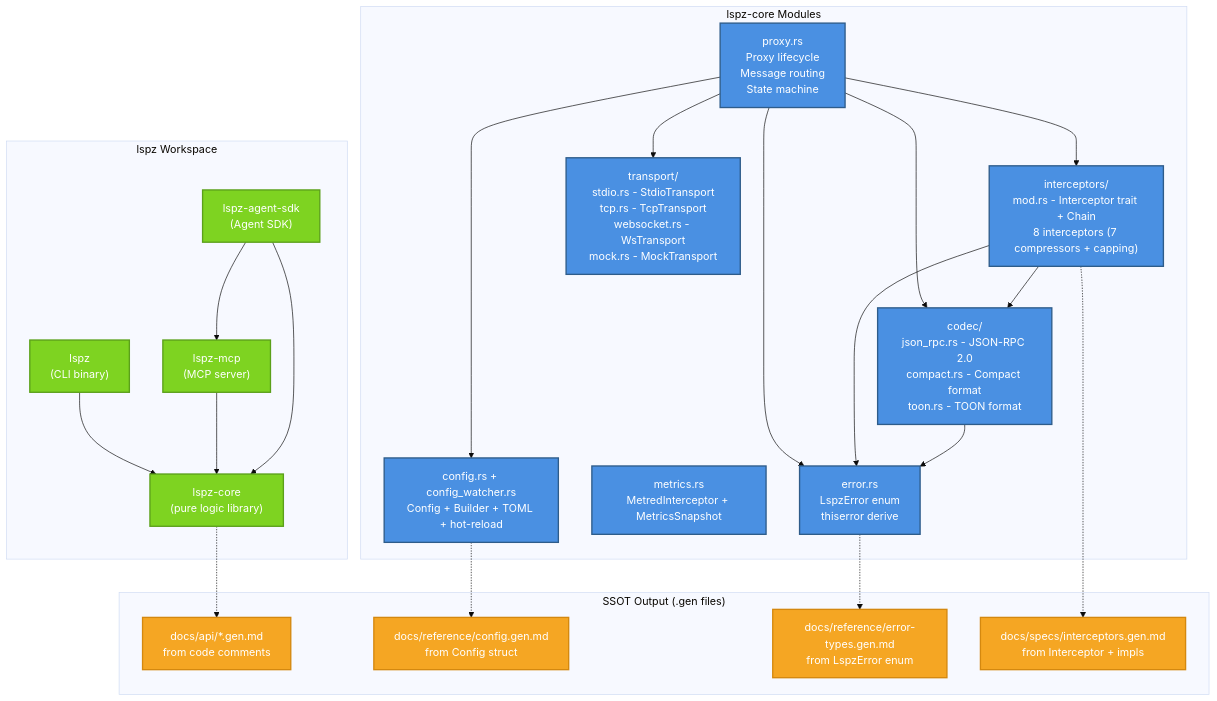
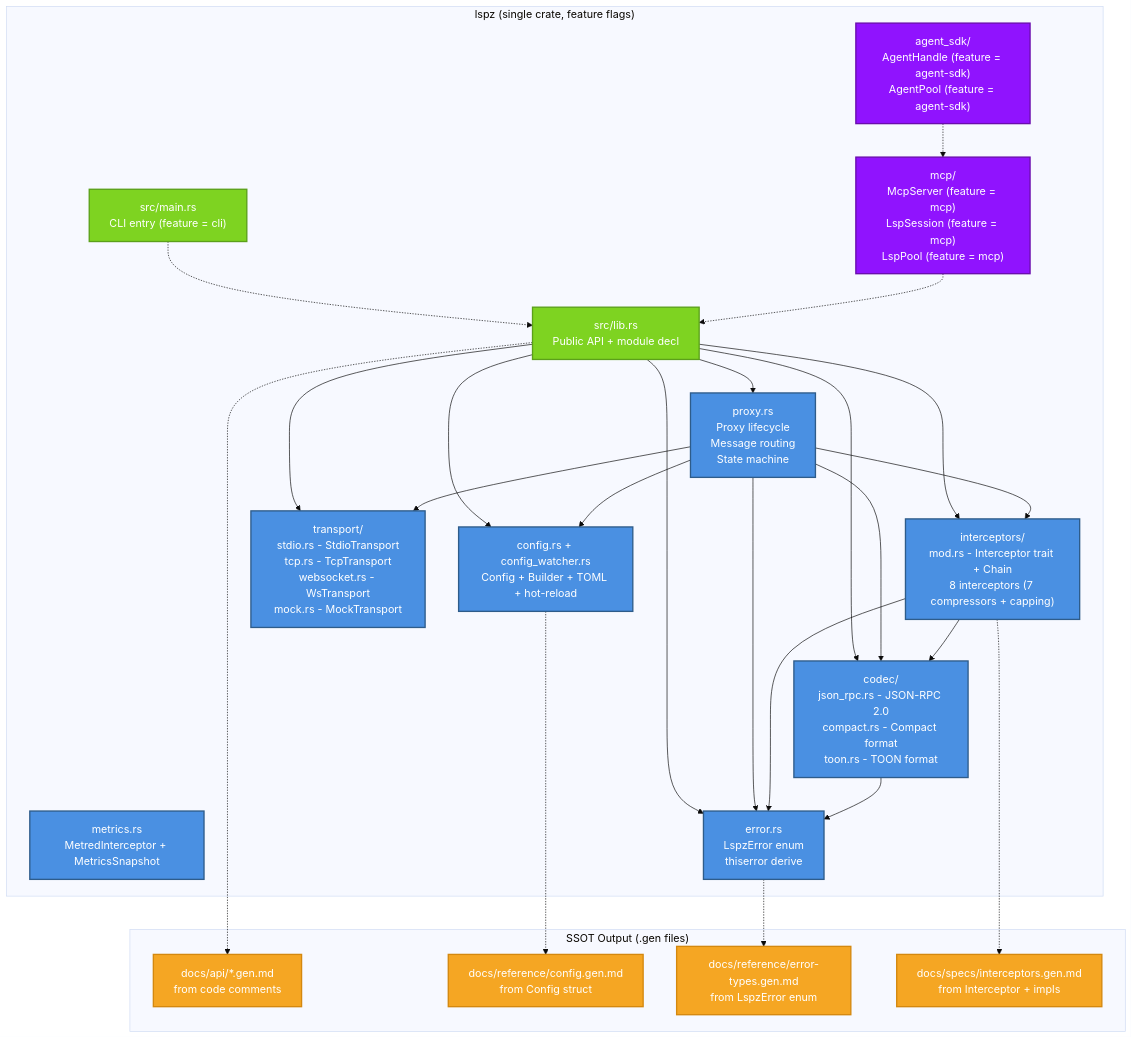
Before and after one commit to StrayDragon/lspz: the ninth of 9 diagrams in docs/specs/001-tri-modal-architecture.md, drawn with Mermaid (base theme). The commit also changed other lines of this file and 108 other files, not shown here.

````diff
--- a/docs/specs/001-tri-modal-architecture.md
+++ b/docs/specs/001-tri-modal-architecture.md
@@ -498,52 +500,56 @@
 ```mermaid
 graph TD
-    subgraph Workspace["lspz Workspace"]
-        CORE["lspz-core<br/>(pure logic library)"]
-        CLI["lspz<br/>(CLI binary)"]
-        MCP2["lspz-mcp<br/>(MCP server)"]
-        SDK["lspz-agent-sdk<br/>(Agent SDK)"]
-    end
-
-    subgraph CoreModules["lspz-core Modules"]
+    subgraph Crate["lspz (single crate, feature flags)"]
+        LIB["src/lib.rs<br/>Public API + module decl"]
+        CLI["src/main.rs<br/>CLI entry (feature = cli)"]
         PROXY["proxy.rs<br/>Proxy lifecycle<br/>Message routing<br/>State machine"]
         INTERCEPTOR["interceptors/<br/>mod.rs - Interceptor trait + Chain<br/>8 interceptors (7 compressors + capping)"]
         CODEC["codec/<br/>json_rpc.rs - JSON-RPC 2.0<br/>compact.rs - Compact format<br/>toon.rs - TOON format"]
         TRANSPORT["transport/<br/>stdio.rs - StdioTransport<br/>tcp.rs - TcpTransport<br/>websocket.rs - WsTransport<br/>mock.rs - MockTransport"]
+        MCPMOD["mcp/<br/>McpServer (feature = mcp)<br/>LspSession (feature = mcp)<br/>LspPool (feature = mcp)"]
+        AGENT["agent_sdk/<br/>AgentHandle (feature = agent-sdk)<br/>AgentPool (feature = agent-sdk)"]
         CONFIG["config.rs + config_watcher.rs<br/>Config + Builder + TOML + hot-reload"]
         METRICS["metrics.rs<br/>MetredInterceptor + MetricsSnapshot"]
         ERROR["error.rs<br/>LspzError enum<br/>thiserror derive"]
     end
 
     subgraph SSOT["SSOT Output (.gen files)"]
         APIDOC["docs/api/*.gen.md<br/>from code comments"]
         CONFIGDOC["docs/reference/config.gen.md<br/>from Config struct"]
         ERRDOC["docs/reference/error-types.gen.md<br/>from LspzError enum"]
         INTERCEPTORDOC["docs/specs/interceptors.gen.md<br/>from Interceptor + impls"]
     end
 
-    CLI --> CORE
-    MCP2 --> CORE
-    SDK --> MCP2
-    SDK --> CORE
+    CLI -.-> LIB
+    MCPMOD -.-> LIB
+    AGENT -.-> MCPMOD
+    LIB --> PROXY
+    LIB --> INTERCEPTOR
+    LIB --> CODEC
+    LIB --> TRANSPORT
+    LIB --> CONFIG
+    LIB --> ERROR
     PROXY --> INTERCEPTOR
     PROXY --> CODEC
     PROXY --> TRANSPORT
     PROXY --> CONFIG
     PROXY --> ERROR
     INTERCEPTOR --> CODEC
     INTERCEPTOR --> ERROR
     CODEC --> ERROR
 
-    CORE -.-> APIDOC
+    LIB -.-> APIDOC
     CONFIG -.-> CONFIGDOC
     ERROR -.-> ERRDOC
     INTERCEPTOR -.-> INTERCEPTORDOC
 
-    classDef workspace fill:#7ED321,stroke:#5BA01A,stroke-width:2px,color:#fff
+    classDef crate fill:#7ED321,stroke:#5BA01A,stroke-width:2px,color:#fff
     classDef module fill:#4A90E2,stroke:#2E5C8A,stroke-width:2px,color:#fff
     classDef ssot fill:#F5A623,stroke:#D4880F,stroke-width:2px,color:#fff
+    classDef optional fill:#9013FE,stroke:#6A0DAD,stroke-width:2px,color:#fff
 
-    class CORE,CLI,MCP2,SDK workspace
+    class LIB,CLI crate
     class PROXY,INTERCEPTOR,CODEC,TRANSPORT,CONFIG,METRICS,ERROR module
+    class MCPMOD,AGENT optional
     class APIDOC,CONFIGDOC,ERRDOC,INTERCEPTORDOC ssot
 ```
````
